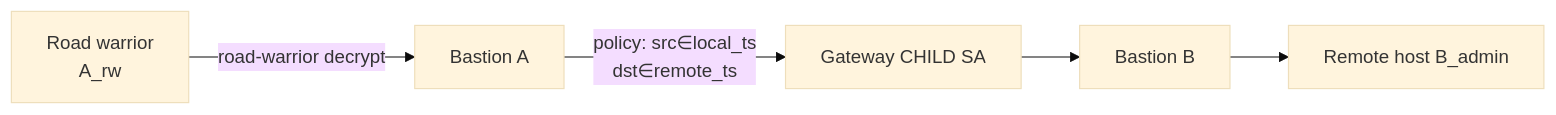
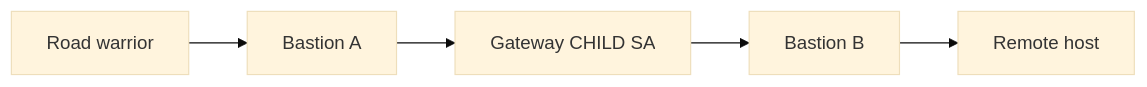
One commit to novassist-ai/mycs-node changed the sixth of 6 diagrams in image/docs/network-design.md. Above: the diagram before and after it, drawn with Mermaid (base theme). The commit also changed other lines of this file and 24 other files, not shown here.

````diff
--- a/image/docs/network-design.md
+++ b/image/docs/network-design.md
@@ -477,13 +402,13 @@
 ```mermaid
 flowchart LR
-  RW[Road warrior<br/>A_rw]
+  RW[Road warrior]
   BA[Bastion A]
   SA[Gateway CHILD SA]
   BB[Bastion B]
-  RJ[Remote host B_admin]
+  RJ[Remote host]
 
-  RW -->|road-warrior decrypt| BA
-  BA -->|policy: src∈local_ts<br/>dst∈remote_ts| SA
+  RW --> BA
+  BA --> SA
   SA --> BB
   BB --> RJ
 ```
````
